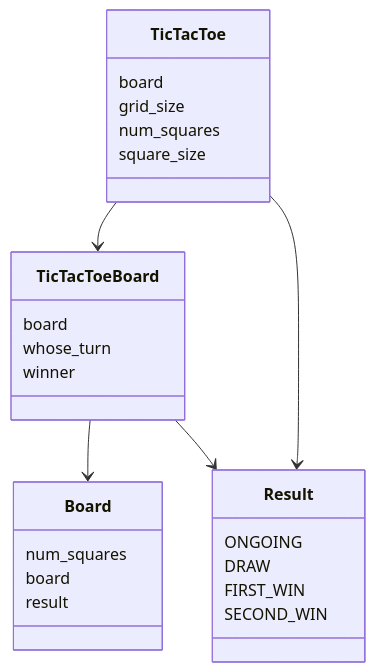
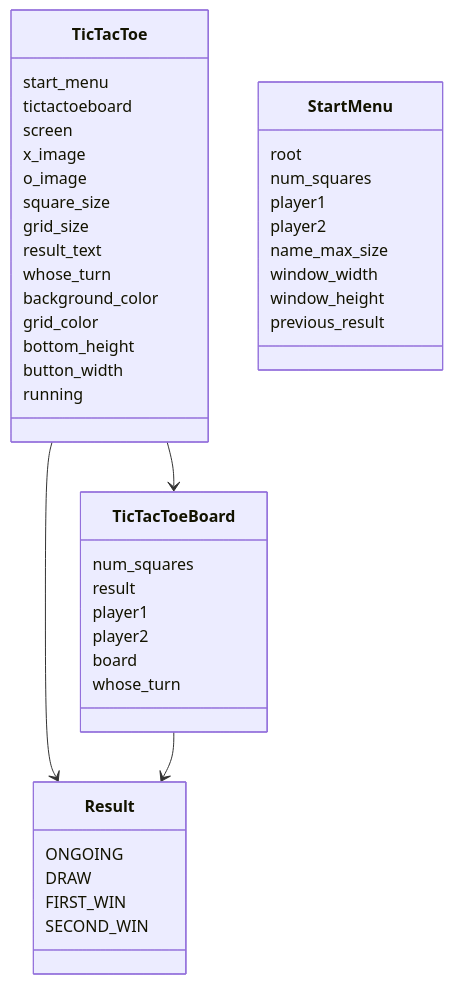
The first of 2 diagrams in maarittelydokumentti/arkkitehtuuri.md (TatuSorjonen/ot-harjoitustyo), drawn with Mermaid before and after one commit. The commit also changed other lines of this file, not shown here.

````diff
--- a/maarittelydokumentti/arkkitehtuuri.md
+++ b/maarittelydokumentti/arkkitehtuuri.md
@@ -18,30 +17,47 @@
 ```mermaid
  classDiagram
       TicTacToe --> TicTacToeBoard
       TicTacToe --> Result
-      TicTacToeBoard --> Board
       TicTacToeBoard --> Result
       
       class TicTacToe{
-          board
+          start_menu
+          tictactoeboard
+          screen
+          x_image
+          o_image
+          square_size
           grid_size
-          num_squares
-          square_size
-      }
-      class Board{
-          num_squares
-          board
-          result
+          result_text
+          whose_turn
+          background_color
+          grid_color
+          bottom_height
+          button_width
+          running
       }
       class TicTacToeBoard{
+          num_squares
+          result
+          player1
+          player2
           board
           whose_turn
-          winner
       }
       class Result{
           ONGOING
           DRAW
           FIRST_WIN
           SECOND_WIN
       }
+      class StartMenu{
+          root
+          num_squares
+          player1
+          player2
+          name_max_size
+          window_width
+          window_height
+          previous_result
+      }
 ```
````
